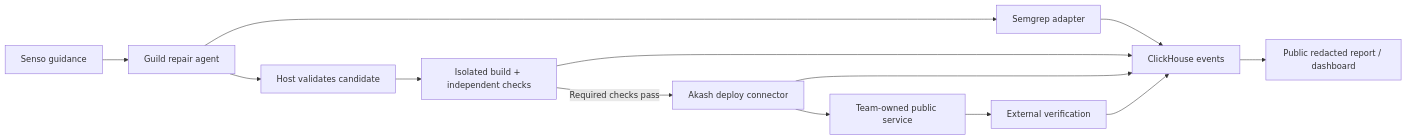
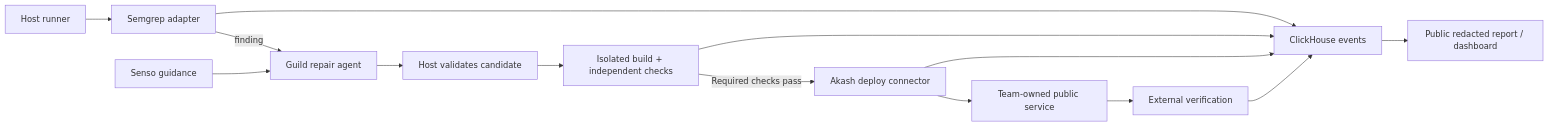
One commit to hackathon-corner/antibody changed the diagram in README.md. Above: the diagram before and after it, drawn with Mermaid. The commit also changed other lines of this file, not shown here.

Commit message:
docs(readme): live links, run command, trust features, credits; fix test count and diagram

````diff
--- a/README.md
+++ b/README.md
@@ -41,15 +48,16 @@
 ```mermaid
 flowchart LR
-  Sources[Senso guidance] --> Agent[Guild repair agent]
-  Agent --> Scanner[Semgrep adapter]
+  Runner[Host runner] --> Scanner[Semgrep adapter]
+  Scanner -->|finding| Agent[Guild repair agent]
+  Sources[Senso guidance] --> Agent
   Agent --> Validator[Host validates candidate]
   Validator --> Worker[Isolated build + independent checks]
   Worker -->|Required checks pass| Deploy[Akash deploy connector]
   Deploy --> Public[Team-owned public service]
   Public --> Probe[External verification]
   Scanner --> Evidence[ClickHouse events]
   Worker --> Evidence
   Deploy --> Evidence
   Probe --> Evidence
   Evidence --> Report[Public redacted report / dashboard]
 ```
````
